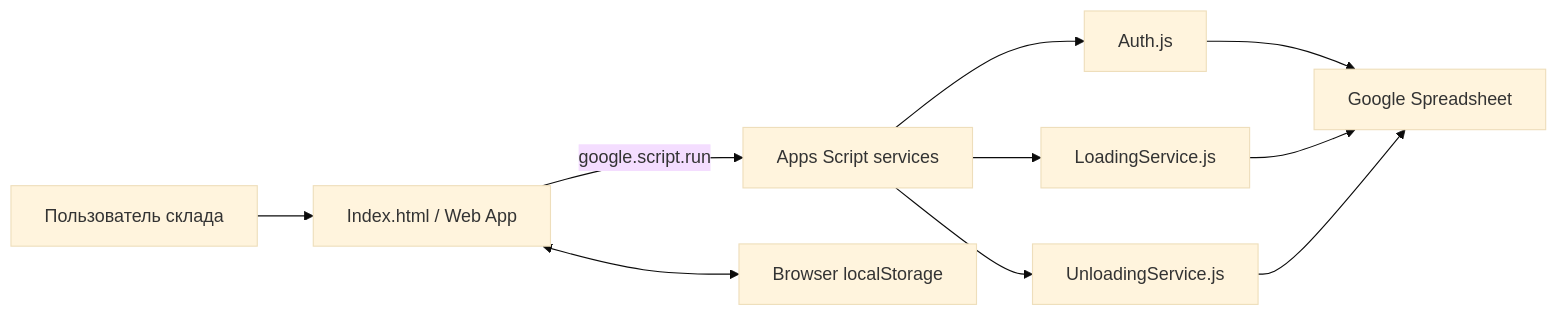
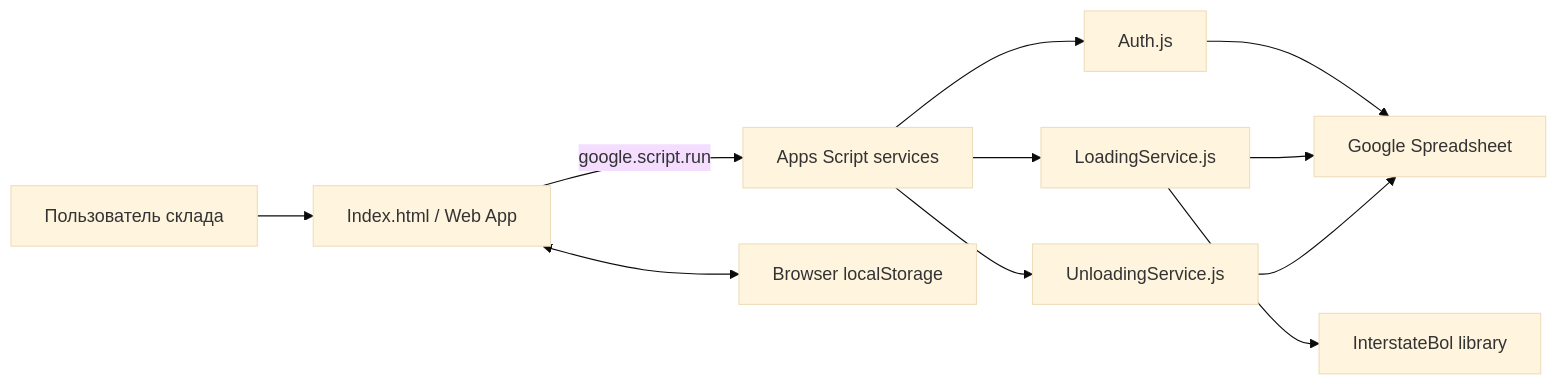
One commit to yarsuleimenov-code/warehouse-control-platform changed the diagram in docs/CURRENT_SYSTEM.md. Above: the diagram before and after it, drawn with Mermaid (base theme). The commit also changed other lines of this file and 9 other files, not shown here.

````diff
--- a/docs/CURRENT_SYSTEM.md
+++ b/docs/CURRENT_SYSTEM.md
@@ -103,12 +107,13 @@
 ```mermaid
 flowchart LR
     U["Пользователь склада"] --> UI["Index.html / Web App"]
     UI -->|google.script.run| GAS["Apps Script services"]
     UI <--> LS["Browser localStorage"]
     GAS --> AUTH["Auth.js"]
     GAS --> LOAD["LoadingService.js"]
     GAS --> UNLOAD["UnloadingService.js"]
     AUTH --> SHEETS["Google Spreadsheet"]
     LOAD --> SHEETS
+    LOAD --> BOL["InterstateBol library"]
     UNLOAD --> SHEETS
 ```
````
